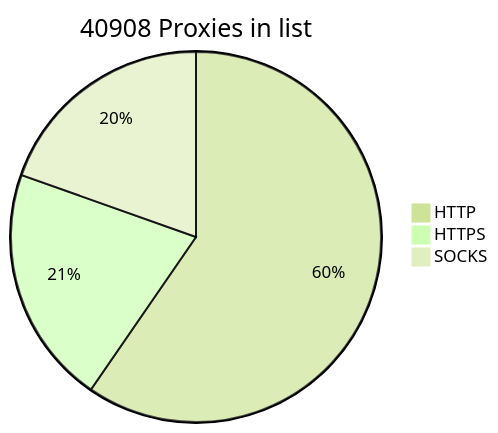
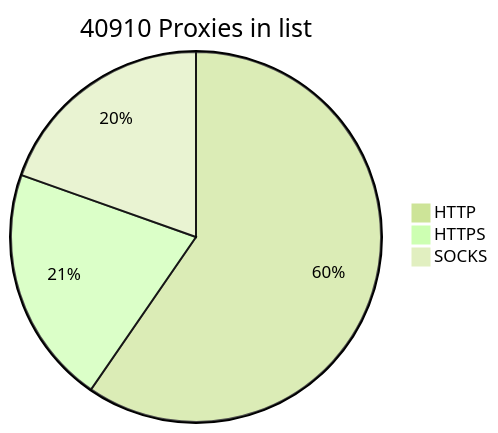
Before and after one commit to BlackSnowDot/proxylist-update-every-minute: the diagram in README.md, drawn with Mermaid (forest theme).

````diff
--- a/README.md
+++ b/README.md
@@ -2,6 +2,6 @@
 ```mermaid
-pie title 40908 Proxies in list
+pie title 40910 Proxies in list
     "HTTP" : 28353
-    "HTTPS": 9911
-    "SOCKS" : 9311
+    "HTTPS": 9912
+    "SOCKS" : 9312
 ```
````
